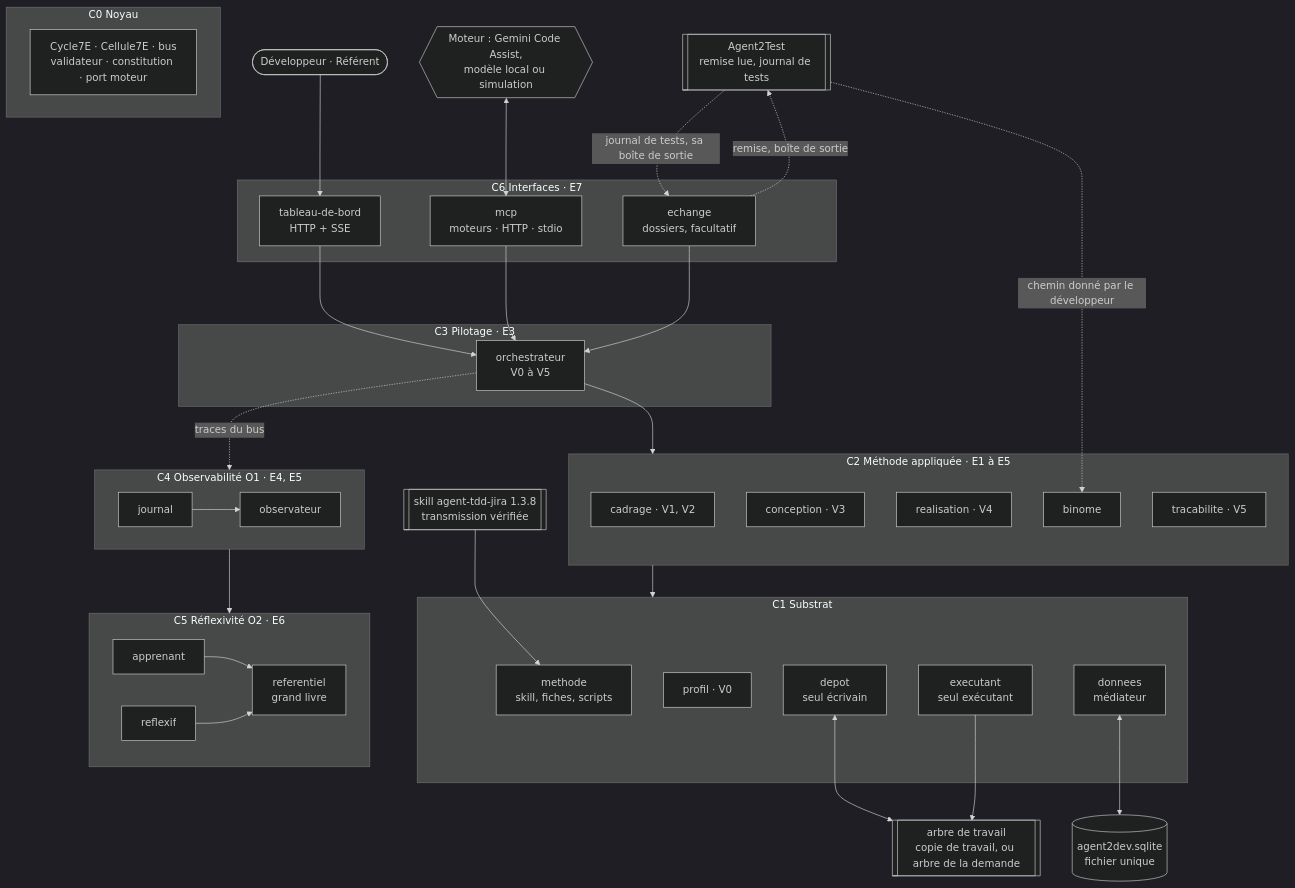
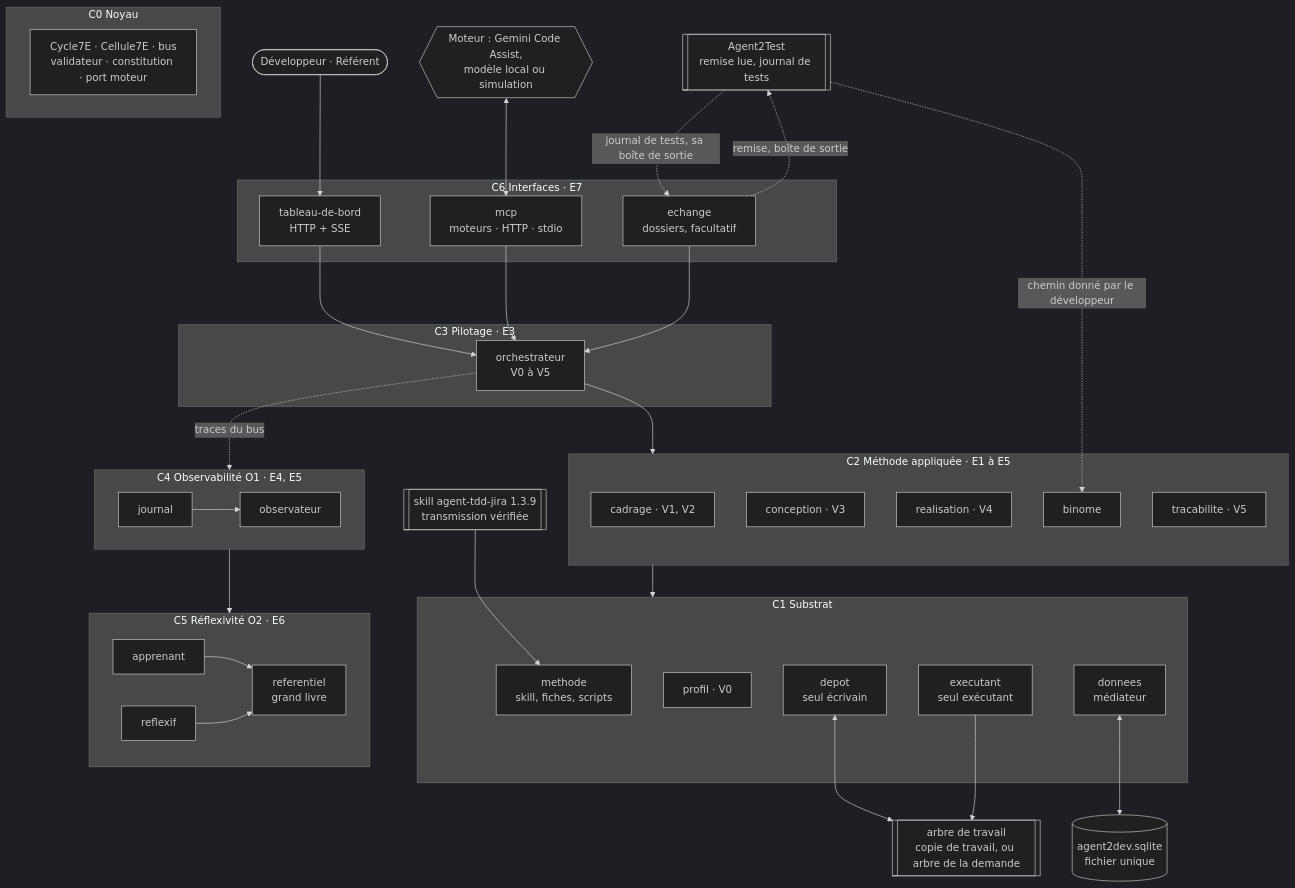
One commit to FredGarcia/Agent2Prompt changed the diagram in specs/agent2dev/SKILL.md. Above: the diagram before and after it, drawn with Mermaid (dark theme). The commit also changed other lines of this file and 90 other files, not shown here.

````diff
--- a/specs/agent2dev/SKILL.md
+++ b/specs/agent2dev/SKILL.md
@@ -73,57 +73,57 @@
 ```mermaid
 flowchart TB
   DEV(["Développeur · Référent"])
   GEM{{"Moteur : Gemini Code Assist,<br/>modèle local ou simulation"}}
-  SK[["skill agent-tdd-jira 1.3.8<br/>transmission vérifiée"]]
+  SK[["skill agent-tdd-jira 1.3.9<br/>transmission vérifiée"]]
   A2T[["Agent2Test<br/>remise lue, journal de tests"]]
   subgraph C6["C6 Interfaces · E7"]
     TDB["tableau-de-bord<br/>HTTP + SSE"]
     MCP["mcp<br/>moteurs · HTTP · stdio"]
     ECH["echange<br/>dossiers, facultatif"]
   end
   subgraph C3["C3 Pilotage · E3"]
     ORC["orchestrateur<br/>V0 à V5"]
   end
   subgraph C2["C2 Méthode appliquée · E1 à E5"]
     CAD["cadrage · V1, V2"]
     CON["conception · V3"]
     REA["realisation · V4"]
     BIN["binome"]
     TRA["tracabilite · V5"]
   end
   subgraph C1["C1 Substrat"]
     MET["methode<br/>skill, fiches, scripts"]
     PRO["profil · V0"]
     DEP["depot<br/>seul écrivain"]
     EXE["executant<br/>seul exécutant"]
     DON["donnees<br/>médiateur"]
   end
   subgraph C0["C0 Noyau"]
     K["Cycle7E · Cellule7E · bus<br/>validateur · constitution · port moteur"]
   end
   subgraph C4["C4 Observabilité O1 · E4, E5"]
     JRN["journal"] --> OBS["observateur"]
   end
   subgraph C5["C5 Réflexivité O2 · E6"]
     APP["apprenant"] --> REF["referentiel<br/>grand livre"]
     RFX["reflexif"] --> REF
   end
   PROJ[["arbre de travail<br/>copie de travail, ou arbre de la demande"]]
   BDD[("agent2dev.sqlite<br/>fichier unique")]
   DEV --> TDB
   GEM <--> MCP
   TDB --> ORC
   MCP --> ORC
   ECH --> ORC
   ORC --> C2
   C2 --> C1
   SK --> MET
   A2T -.->|"chemin donné par le développeur"| BIN
   ECH -.->|"remise, boîte de sortie"| A2T
   A2T -.->|"journal de tests, sa boîte de sortie"| ECH
   DEP <--> PROJ
   EXE --> PROJ
   DON <--> BDD
   ORC -.->|"traces du bus"| C4
   C4 --> C5
 ```
````
